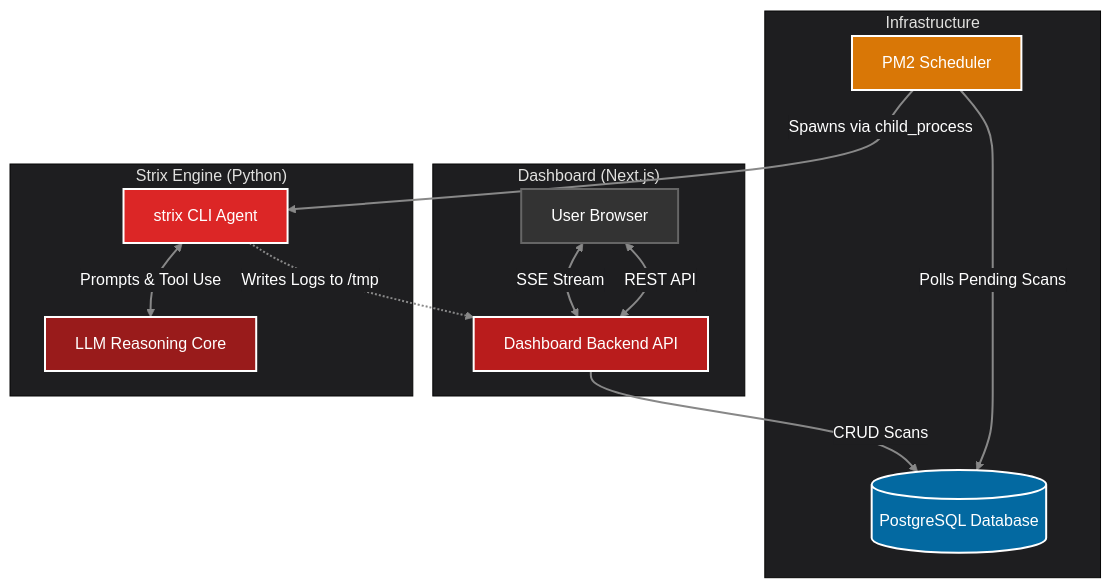
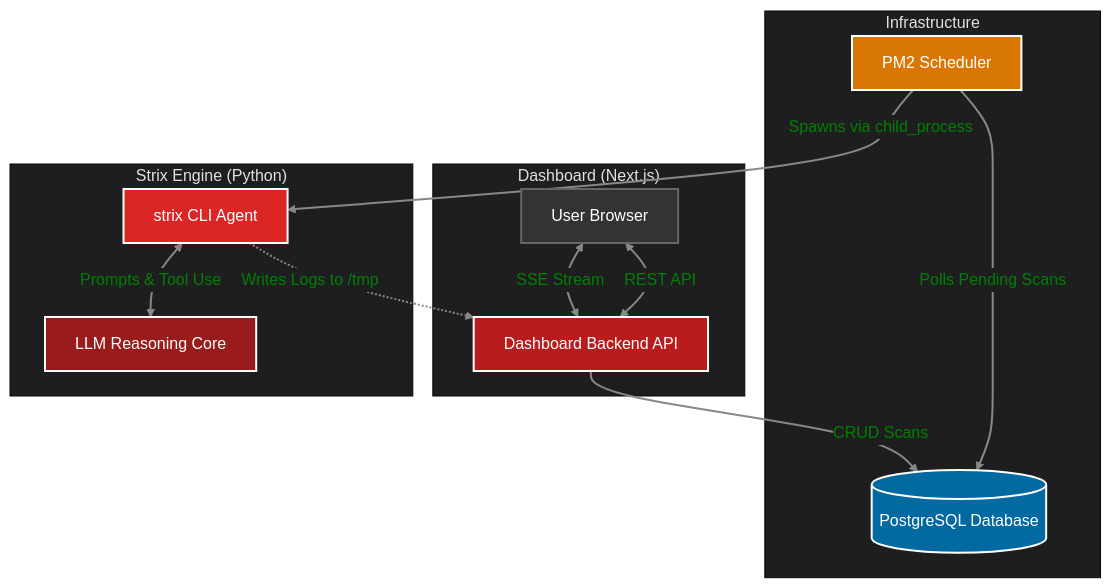
Before and after one commit to Ahmadd018/projectstrix: the diagram in docs/architecture/system-overview.md, drawn with Mermaid.

Commit message:
docs: add system overview documentation including architectural diagram and process flow

````diff
--- a/docs/architecture/system-overview.md
+++ b/docs/architecture/system-overview.md
@@ -13,35 +13,35 @@
 ```mermaid
 %%{init: {'theme': 'base', 'themeVariables': { 'primaryColor': '#dc2626', 'edgeLabelBackground':'#1e1e20', 'tertiaryColor': '#1e1e20'}}}%%
 graph TD
     subgraph UI["Dashboard (Next.js)"]
         A[User Browser]
         B[Dashboard Backend API]
         A <-->|SSE Stream| B
         A <-->|REST API| B
     end
 
     subgraph Infra["Infrastructure"]
         E[(PostgreSQL Database)]
         F[PM2 Scheduler]
     end
 
     subgraph Core["Strix Engine (Python)"]
         C[strix CLI Agent]
         D[LLM Reasoning Core]
         C <-->|Prompts & Tool Use| D
     end
 
     B -->|CRUD Scans| E
     F -->|Polls Pending Scans| E
     F -->|Spawns via child_process| C
     C -.->|Writes Logs to /tmp| B
     
     style A fill:#333,stroke:#666,stroke-width:2px,color:#fff
     style B fill:#b91c1c,stroke:#fff,stroke-width:2px,color:#fff
     style C fill:#dc2626,stroke:#fff,stroke-width:2px,color:#fff
     style D fill:#991b1b,stroke:#fff,stroke-width:2px,color:#fff
     style E fill:#0369a1,stroke:#fff,stroke-width:2px,color:#fff
     style F fill:#d97706,stroke:#fff,stroke-width:2px,color:#fff
     
-    linkStyle default stroke:#888,stroke-width:2px,color:#fff
+    linkStyle default stroke:#888,stroke-width:2px,color:#008000
 ```
````
